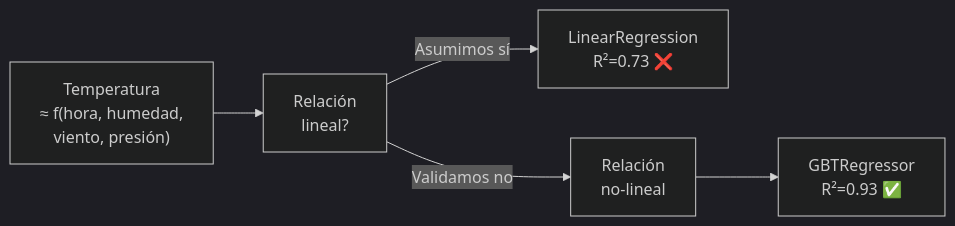
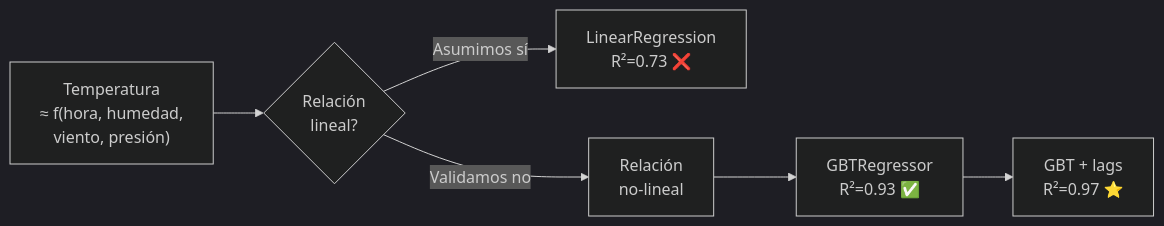
One commit to TheReeds/big-data-pipelineML changed the fifth of 6 diagrams in docs/arquitectura.md. Above: the diagram before and after it, drawn with Mermaid (dark theme). The commit also changed other lines of this file and 8 other files, not shown here.

````diff
--- a/docs/arquitectura.md
+++ b/docs/arquitectura.md
@@ -136,12 +170,13 @@
 ```mermaid
 flowchart LR
     A["Temperatura\n≈ f(hora, humedad,\nviento, presión)"]
-    B["Relación\nlineal?"]
+    B{"Relación\nlineal?"}
     C["LinearRegression\nR²=0.73 ❌"]
     D["Relación\nno-lineal"]
     E["GBTRegressor\nR²=0.93 ✅"]
+    F["GBT + lags\nR²=0.97 ⭐"]
     A --> B
     B -->|"Asumimos sí"| C
     B -->|"Validamos no"| D
-    D --> E
+    D --> E --> F
 ```
````
